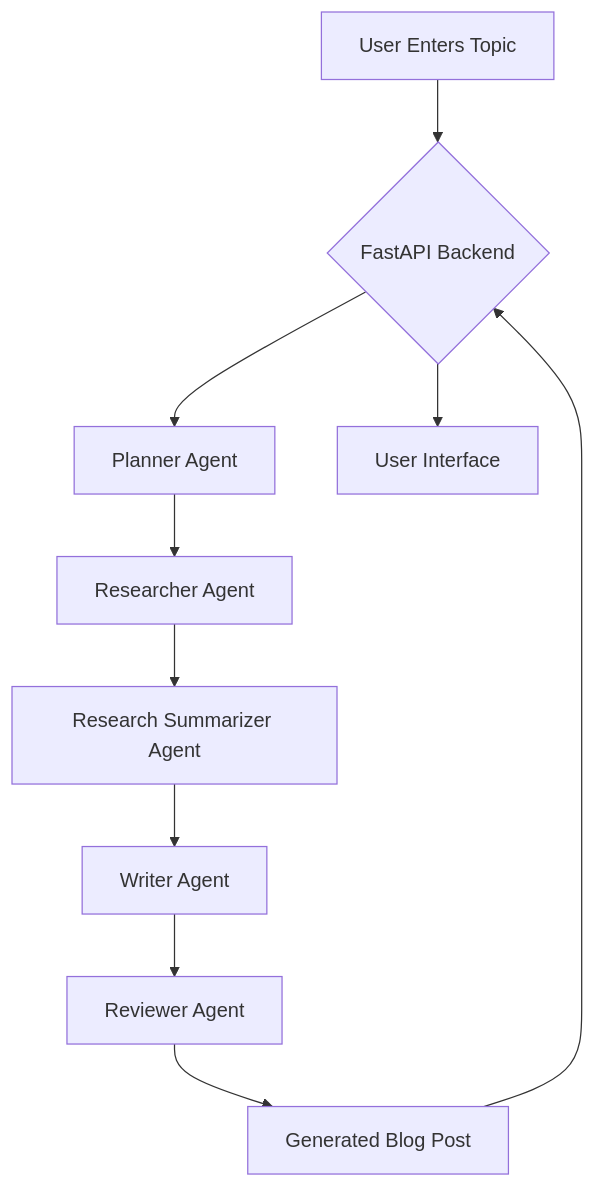
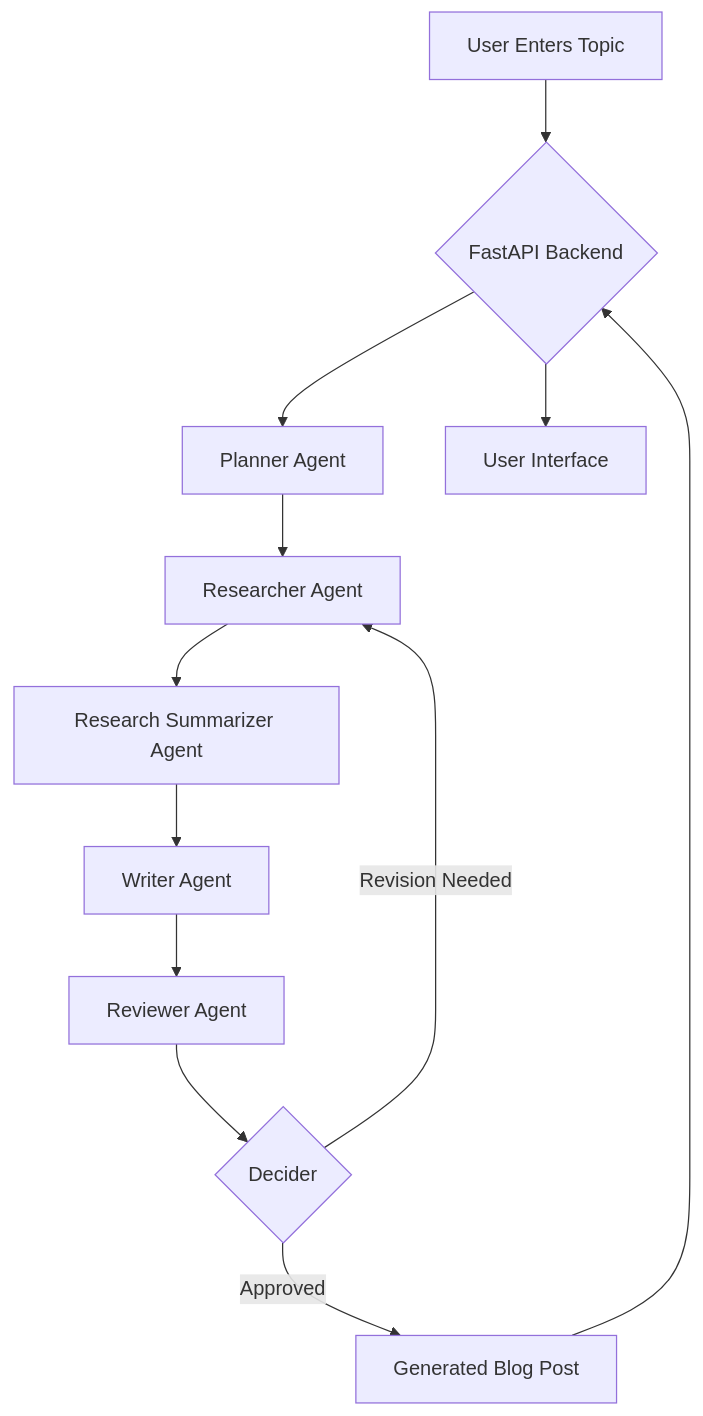
Before and after one commit to ankittmalhotra/Blog_Post_Factory: the diagram in README.md, drawn with Mermaid. The commit also changed other lines of this file and 3 other files, not shown here.

Commit message:
Added flow for reviewer to decide to send back for researcher

````diff
--- a/README.md
+++ b/README.md
@@ -23,12 +24,14 @@
 ```mermaid
 graph TD
     A[User Enters Topic] --> B{FastAPI Backend};
     B --> C[Planner Agent];
     C --> D[Researcher Agent];
     D --> E[Research Summarizer Agent];
     E --> F[Writer Agent];
     F --> G[Reviewer Agent];
-    G --> H[Generated Blog Post];
-    H --> B;
-    B --> I[User Interface];
+    G --> H{Decider};
+    H -- Revision Needed --> D;
+    H -- Approved --> I[Generated Blog Post];
+    I --> B;
+    B --> J[User Interface];
 ```
````
